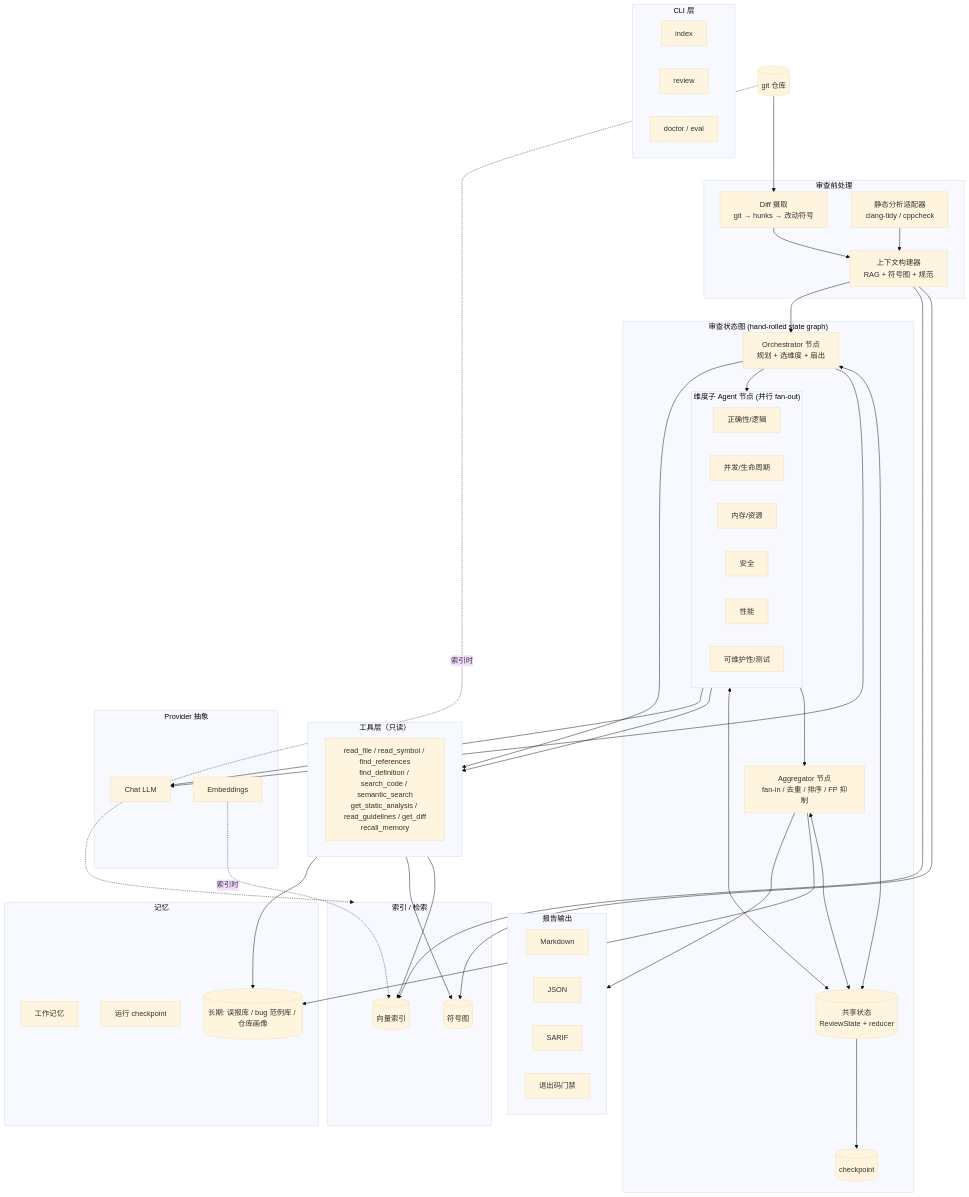
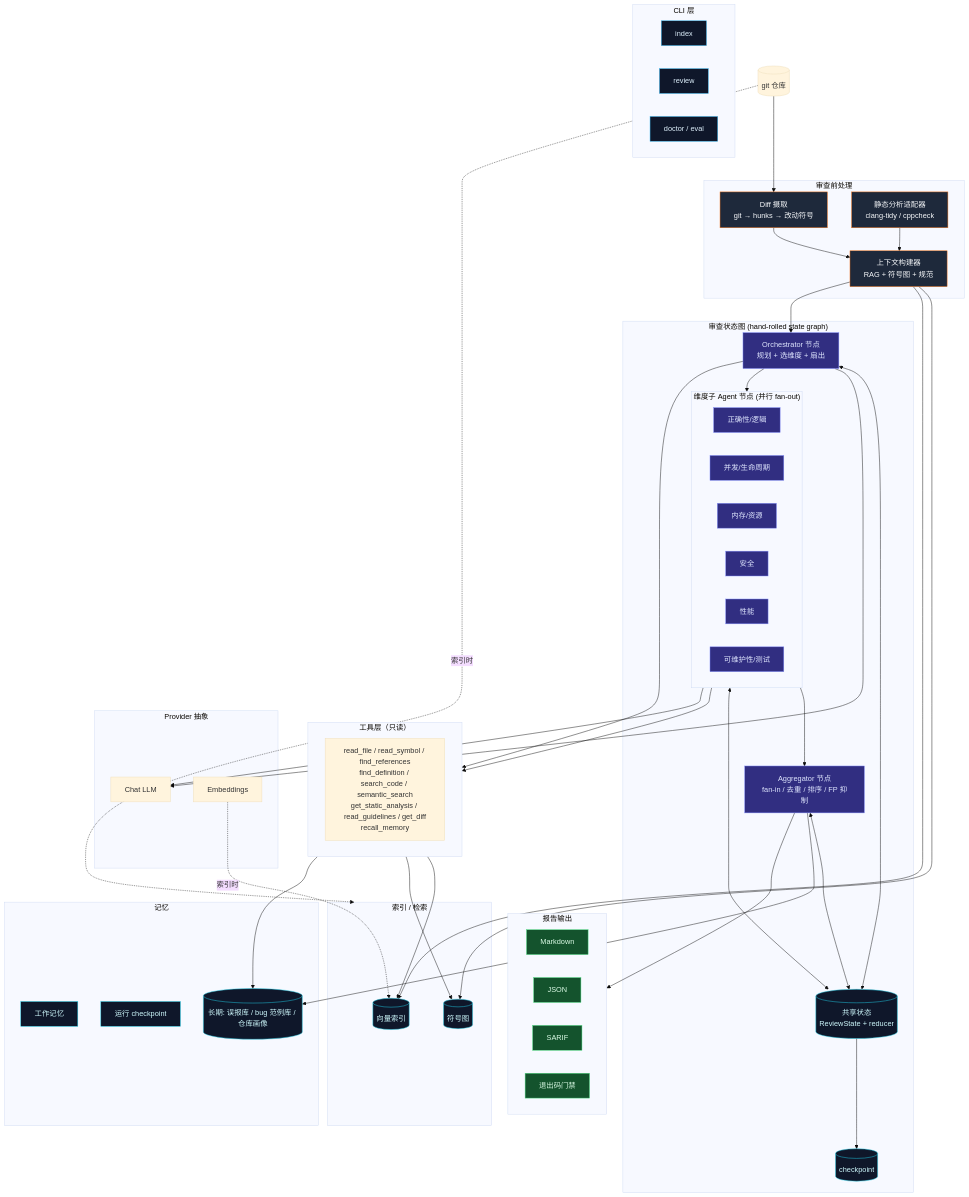
One commit to kavinChan13/reviewforge changed the diagram in docs/ARCHITECTURE.md. Above: the diagram before and after it, drawn with Mermaid (base theme). The commit also changed other lines of this file and 4 other files, not shown here.

````diff
--- a/docs/ARCHITECTURE.md
+++ b/docs/ARCHITECTURE.md
@@ -87,4 +93,15 @@
     EMB -.索引时.-> VEC
     AGG --> M3L
     AGG --> OUT
+
+    classDef cli fill:#0f172a,stroke:#38bdf8,color:#e0f2fe;
+    classDef pre fill:#1e293b,stroke:#f97316,color:#f8fafc;
+    classDef agent fill:#312e81,stroke:#818cf8,color:#e0e7ff;
+    classDef store fill:#0f172a,stroke:#22d3ee,color:#cffafe;
+    classDef out fill:#14532d,stroke:#4ade80,color:#dcfce7;
+    class C1,C2,C3 cli;
+    class DIFF,CTX,SA pre;
+    class ORCH,S1,S2,S3,S4,S5,S6,AGG agent;
+    class VEC,SYM,M1W,M2C,M3L,STATE,CKPT store;
+    class MD,JSON,SARIF,EXIT out;
 ```
````
